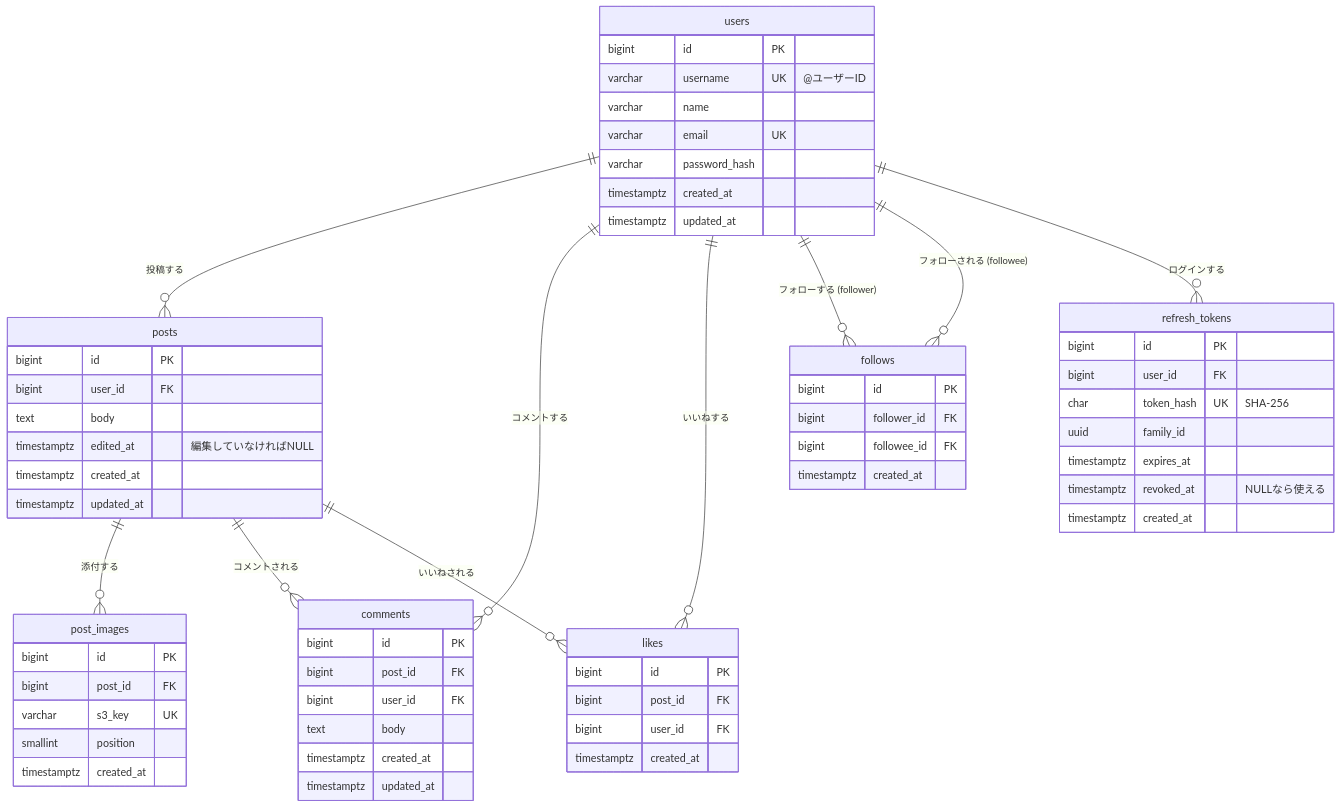
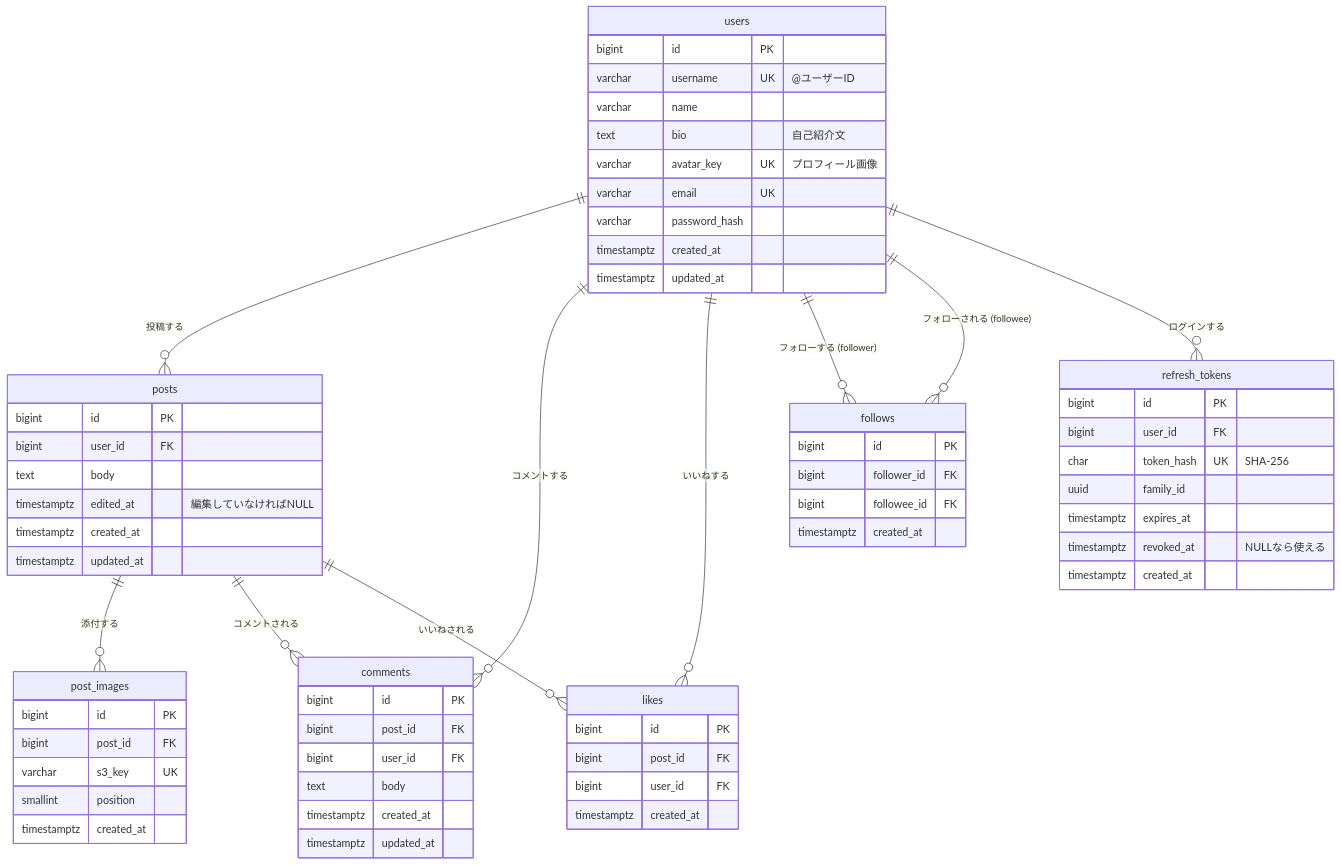
Before and after one commit to takeuchikoutagg/RaiseTime-Line: the diagram in docs/ER図.md, drawn with Mermaid. The commit also changed other lines of this file and 39 other files, not shown here.

````diff
--- a/docs/ER図.md
+++ b/docs/ER図.md
@@ -13,66 +13,68 @@
 ```mermaid
 erDiagram
     users ||--o{ posts : "投稿する"
     users ||--o{ comments : "コメントする"
     users ||--o{ likes : "いいねする"
     users ||--o{ follows : "フォローする (follower)"
     users ||--o{ follows : "フォローされる (followee)"
     posts ||--o{ post_images : "添付する"
     posts ||--o{ comments : "コメントされる"
     posts ||--o{ likes : "いいねされる"
     users ||--o{ refresh_tokens : "ログインする"
 
     users {
         bigint id PK
         varchar username UK "@ユーザーID"
         varchar name
+        text bio "自己紹介文"
+        varchar avatar_key UK "プロフィール画像"
         varchar email UK
         varchar password_hash
         timestamptz created_at
         timestamptz updated_at
     }
     refresh_tokens {
         bigint id PK
         bigint user_id FK
         char token_hash UK "SHA-256"
         uuid family_id
         timestamptz expires_at
         timestamptz revoked_at "NULLなら使える"
         timestamptz created_at
     }
     posts {
         bigint id PK
         bigint user_id FK
         text body
         timestamptz edited_at "編集していなければNULL"
         timestamptz created_at
         timestamptz updated_at
     }
     post_images {
         bigint id PK
         bigint post_id FK
         varchar s3_key UK
         smallint position
         timestamptz created_at
     }
     comments {
         bigint id PK
         bigint post_id FK
         bigint user_id FK
         text body
         timestamptz created_at
         timestamptz updated_at
     }
     likes {
         bigint id PK
         bigint post_id FK
         bigint user_id FK
         timestamptz created_at
     }
     follows {
         bigint id PK
         bigint follower_id FK
         bigint followee_id FK
         timestamptz created_at
     }
 ```
````
